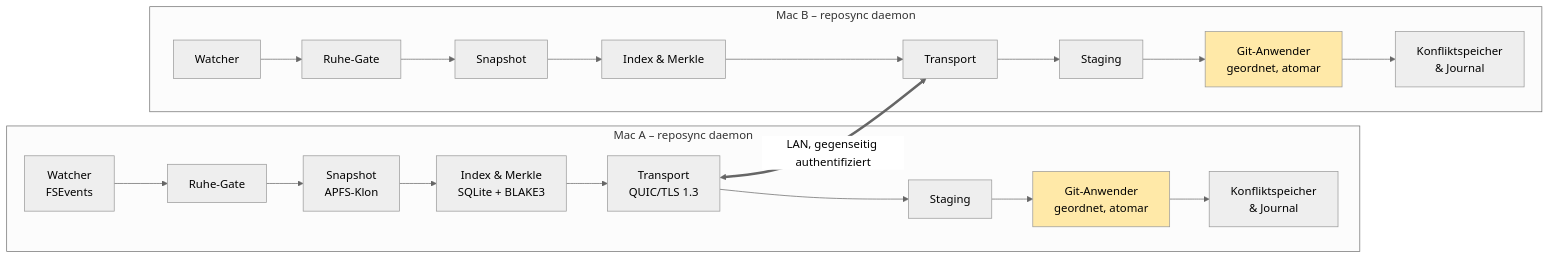
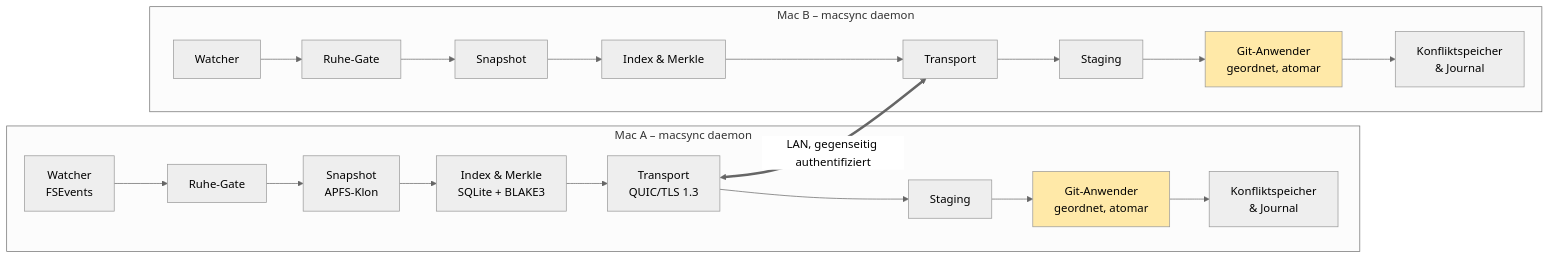
Before and after one commit to chrisurf/MacSync: the diagram in docs/concept.md, drawn with Mermaid (neutral theme). The commit also changed other lines of this file and 104 other files, not shown here.

````diff
--- a/docs/concept.md
+++ b/docs/concept.md
@@ -76,21 +76,21 @@
 ```mermaid
 flowchart LR
-  subgraph A[Mac A – reposync daemon]
+  subgraph A[Mac A – macsync daemon]
     A1[Watcher<br/>FSEvents] --> A2[Ruhe-Gate]
     A2 --> A3[Snapshot<br/>APFS-Klon]
     A3 --> A4[Index & Merkle<br/>SQLite + BLAKE3]
     A4 --> A5[Transport<br/>QUIC/TLS 1.3]
     A6[Staging] --> A7[Git-Anwender<br/>geordnet, atomar]
     A7 --> A8[Konfliktspeicher<br/>& Journal]
   end
-  subgraph B[Mac B – reposync daemon]
+  subgraph B[Mac B – macsync daemon]
     B5[Transport] --> B6[Staging]
     B6 --> B7[Git-Anwender<br/>geordnet, atomar]
     B7 --> B8[Konfliktspeicher<br/>& Journal]
     B1[Watcher] --> B2[Ruhe-Gate] --> B3[Snapshot] --> B4[Index & Merkle] --> B5
   end
   A5 <== "LAN, gegenseitig authentifiziert" ==> B5
   A5 --> A6
   style A7 fill:#ffe9a8
   style B7 fill:#ffe9a8
 ```
````
